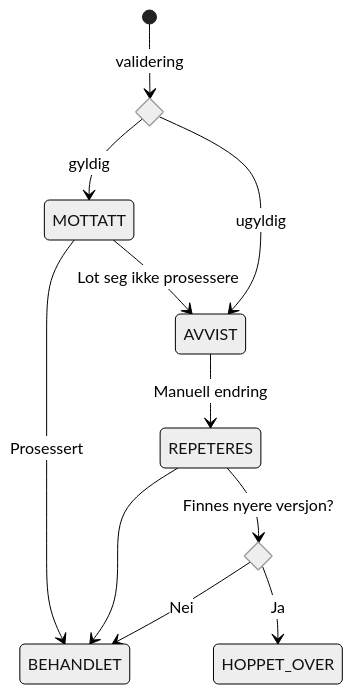
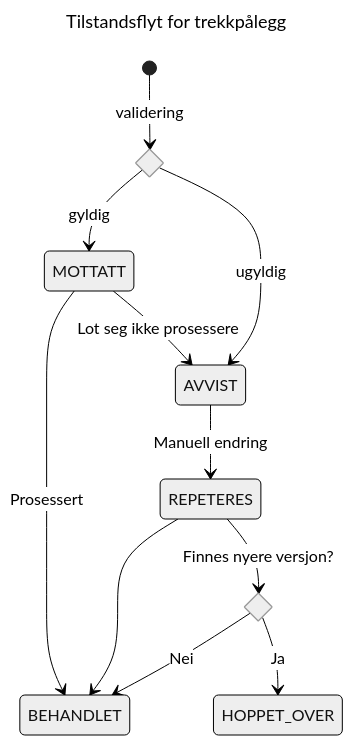
The diagram in dokumentasjon/flytdiagram/README.md (navikt/sokos-utleggstrekk), drawn with Mermaid (neutral theme) before and after one commit. The commit also changed other lines of this file and 2 other files, not shown here.

````diff
--- a/dokumentasjon/flytdiagram/README.md
+++ b/dokumentasjon/flytdiagram/README.md
@@ -16,18 +16,18 @@
 ```mermaid
 ---
-title: 
+title: Tilstandsflyt for trekkpålegg
 ---
 stateDiagram-v2
     state if_state <<choice>>
     state finnes_nyere <<choice>>
     [*] --> if_state : validering
     if_state --> MOTTATT : gyldig
     MOTTATT --> AVVIST : Lot seg ikke prosessere
     if_state --> AVVIST : ugyldig
     MOTTATT --> BEHANDLET : Prosessert
     AVVIST --> REPETERES : Manuell endring
     REPETERES --> BEHANDLET
     REPETERES --> finnes_nyere : Finnes nyere versjon?
     finnes_nyere --> HOPPET_OVER : Ja
     finnes_nyere --> BEHANDLET : Nei
 ```
````
